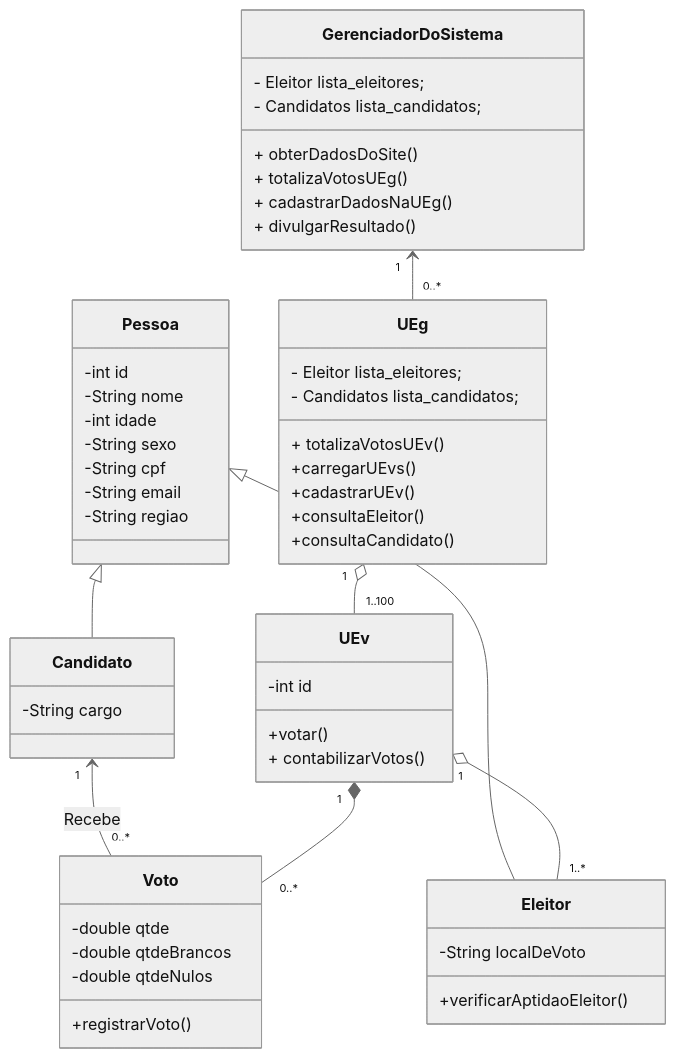
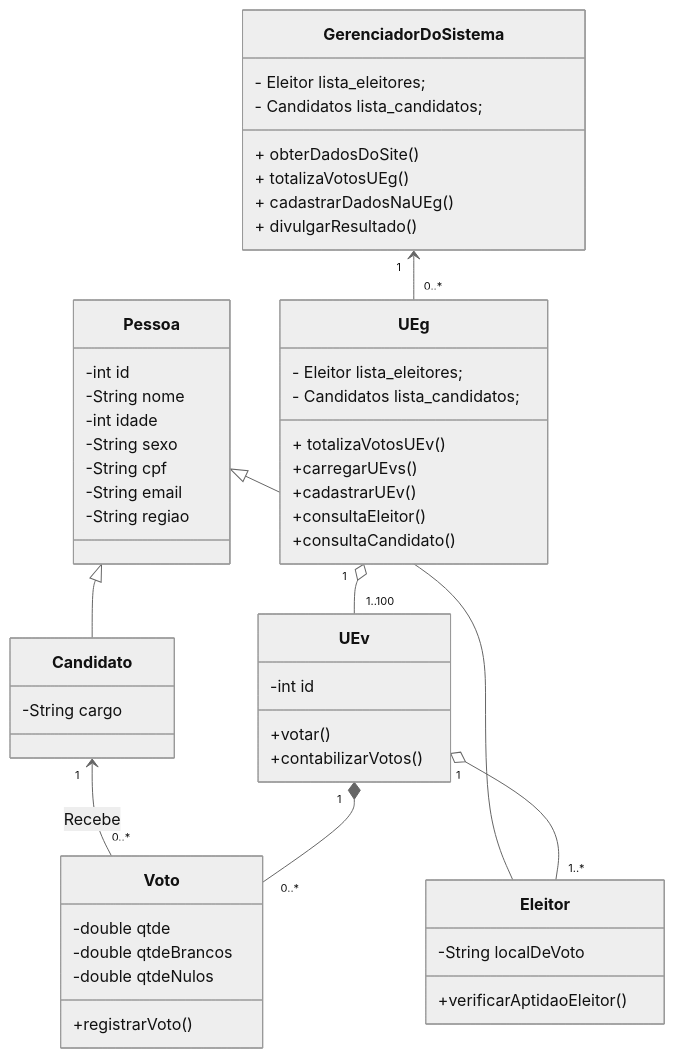
Before and after one commit to HenriqueFinatti/Modelagem-De-Software-Orientado-a-Objetos: the diagram in Lab2-Diagrama_De_Classes/Diagrama_De_Classes2.md, drawn with Mermaid (neutral theme).

````diff
--- a/Lab2-Diagrama_De_Classes/Diagrama_De_Classes2.md
+++ b/Lab2-Diagrama_De_Classes/Diagrama_De_Classes2.md
@@ -3,63 +3,63 @@
 ```mermaid
 classDiagram
 Pessoa <|-- Eleitor
 Pessoa <|-- Candidato
 Pessoa: -int id
 Pessoa: -String nome
 Pessoa: -int idade
 Pessoa: -String sexo
 Pessoa: -String cpf
 Pessoa: -String email
 Pessoa: -String regiao
 
 
 class Eleitor{
   -String localDeVoto
   +verificarAptidaoEleitor()
 }
 
 class Candidato{
   -String cargo
 }
 
 class UEg{
     - Eleitor lista_eleitores;
     - Candidatos lista_candidatos;
     + totalizaVotosUEv()
     +carregarUEvs()
     +cadastrarUEv()
     +consultaEleitor()
     +consultaCandidato()
 }
 
 class UEv{
   -int id
   +votar()
-  + contabilizarVotos()
+  +contabilizarVotos()
 }
 
 class GerenciadorDoSistema{
     - Eleitor lista_eleitores;
     - Candidatos lista_candidatos;
     + obterDadosDoSite()
     + totalizaVotosUEg()
     + cadastrarDadosNaUEg()
     + divulgarResultado()
 }
 
 class Voto{
   -double qtde
   -double qtdeBrancos
   -double qtdeNulos
   +registrarVoto()
 }
 
 GerenciadorDoSistema "1" <-- "0..*" UEg
 Candidato "1" <-- "0..*" Voto : Recebe
 UEg "1" o-- "1..100" UEv
 UEv "1" *-- "0..*" Voto
 UEv "1" o-- "1..*" Eleitor
 
 
 
 ```
````
